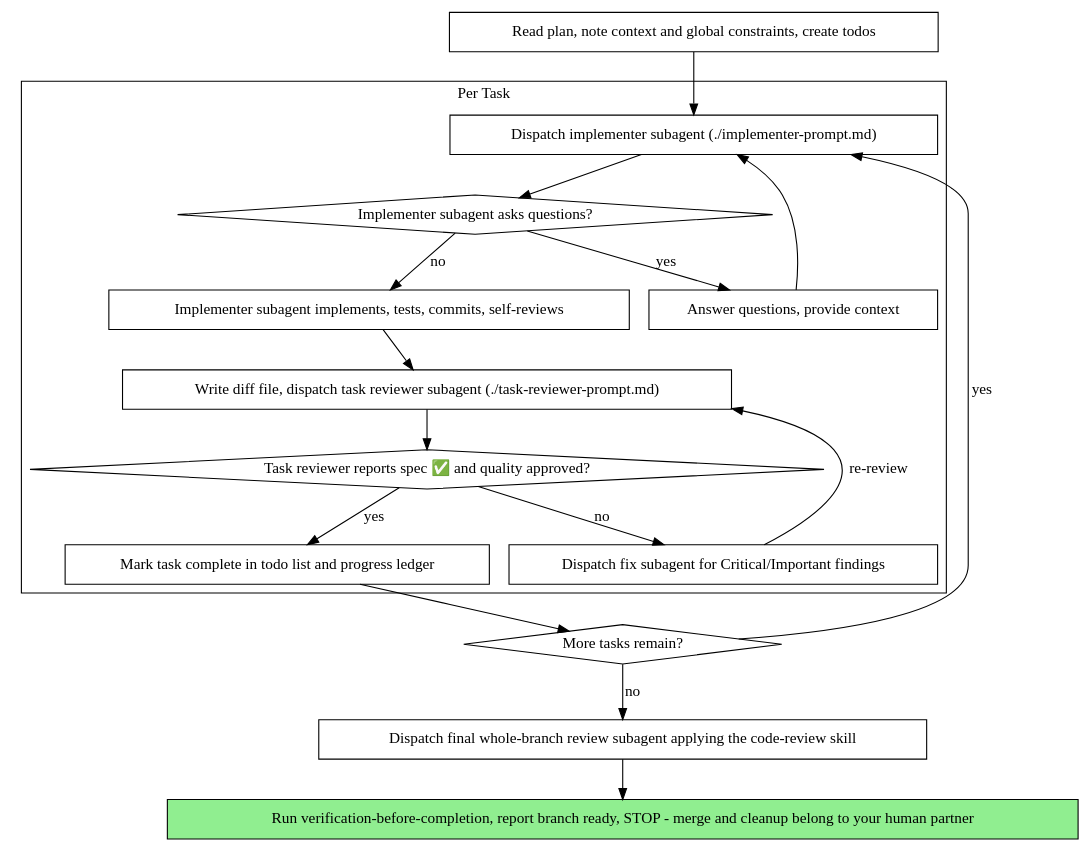
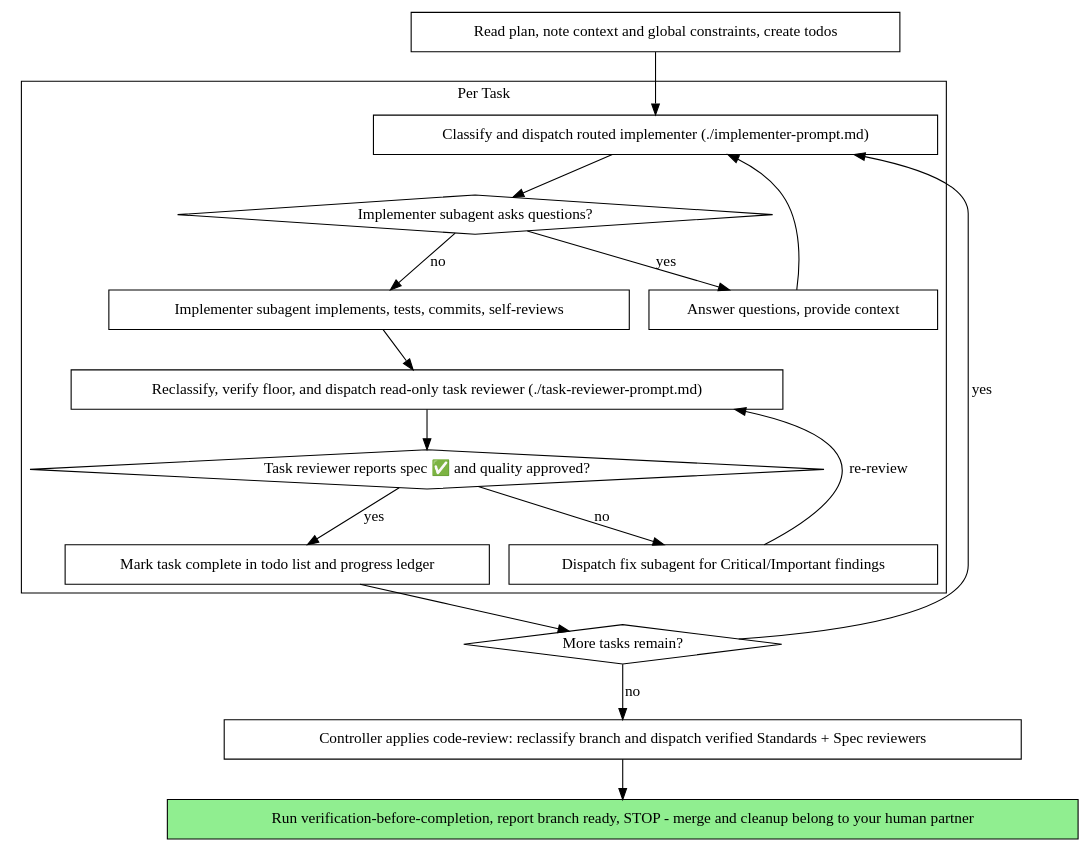
The second of 2 diagrams in skills/subagent-driven-development/SKILL.md (kubamarchwicki/engineering-skills), drawn with Graphviz before and after one commit. The commit also changed other lines of this file and 4 other files, not shown here.

````diff
--- a/skills/subagent-driven-development/SKILL.md
+++ b/skills/subagent-driven-development/SKILL.md
@@ -44,37 +44,37 @@
 ```dot
 digraph process {
     rankdir=TB;
 
     subgraph cluster_per_task {
         label="Per Task";
-        "Dispatch implementer subagent (./implementer-prompt.md)" [shape=box];
+        "Classify and dispatch routed implementer (./implementer-prompt.md)" [shape=box];
         "Implementer subagent asks questions?" [shape=diamond];
         "Answer questions, provide context" [shape=box];
         "Implementer subagent implements, tests, commits, self-reviews" [shape=box];
-        "Write diff file, dispatch task reviewer subagent (./task-reviewer-prompt.md)" [shape=box];
+        "Reclassify, verify floor, and dispatch read-only task reviewer (./task-reviewer-prompt.md)" [shape=box];
         "Task reviewer reports spec ✅ and quality approved?" [shape=diamond];
         "Dispatch fix subagent for Critical/Important findings" [shape=box];
         "Mark task complete in todo list and progress ledger" [shape=box];
     }
 
     "Read plan, note context and global constraints, create todos" [shape=box];
     "More tasks remain?" [shape=diamond];
-    "Dispatch final whole-branch review subagent applying the code-review skill" [shape=box];
+    "Controller applies code-review: reclassify branch and dispatch verified Standards + Spec reviewers" [shape=box];
     "Run verification-before-completion, report branch ready, STOP - merge and cleanup belong to your human partner" [shape=box style=filled fillcolor=lightgreen];
 
-    "Read plan, note context and global constraints, create todos" -> "Dispatch implementer subagent (./implementer-prompt.md)";
-    "Dispatch implementer subagent (./implementer-prompt.md)" -> "Implementer subagent asks questions?";
+    "Read plan, note context and global constraints, create todos" -> "Classify and dispatch routed implementer (./implementer-prompt.md)";
+    "Classify and dispatch routed implementer (./implementer-prompt.md)" -> "Implementer subagent asks questions?";
     "Implementer subagent asks questions?" -> "Answer questions, provide context" [label="yes"];
-    "Answer questions, provide context" -> "Dispatch implementer subagent (./implementer-prompt.md)";
+    "Answer questions, provide context" -> "Classify and dispatch routed implementer (./implementer-prompt.md)";
     "Implementer subagent asks questions?" -> "Implementer subagent implements, tests, commits, self-reviews" [label="no"];
-    "Implementer subagent implements, tests, commits, self-reviews" -> "Write diff file, dispatch task reviewer subagent (./task-reviewer-prompt.md)";
-    "Write diff file, dispatch task reviewer subagent (./task-reviewer-prompt.md)" -> "Task reviewer reports spec ✅ and quality approved?";
+    "Implementer subagent implements, tests, commits, self-reviews" -> "Reclassify, verify floor, and dispatch read-only task reviewer (./task-reviewer-prompt.md)";
+    "Reclassify, verify floor, and dispatch read-only task reviewer (./task-reviewer-prompt.md)" -> "Task reviewer reports spec ✅ and quality approved?";
     "Task reviewer reports spec ✅ and quality approved?" -> "Dispatch fix subagent for Critical/Important findings" [label="no"];
-    "Dispatch fix subagent for Critical/Important findings" -> "Write diff file, dispatch task reviewer subagent (./task-reviewer-prompt.md)" [label="re-review"];
+    "Dispatch fix subagent for Critical/Important findings" -> "Reclassify, verify floor, and dispatch read-only task reviewer (./task-reviewer-prompt.md)" [label="re-review"];
     "Task reviewer reports spec ✅ and quality approved?" -> "Mark task complete in todo list and progress ledger" [label="yes"];
     "Mark task complete in todo list and progress ledger" -> "More tasks remain?";
-    "More tasks remain?" -> "Dispatch implementer subagent (./implementer-prompt.md)" [label="yes"];
-    "More tasks remain?" -> "Dispatch final whole-branch review subagent applying the code-review skill" [label="no"];
-    "Dispatch final whole-branch review subagent applying the code-review skill" -> "Run verification-before-completion, report branch ready, STOP - merge and cleanup belong to your human partner";
+    "More tasks remain?" -> "Classify and dispatch routed implementer (./implementer-prompt.md)" [label="yes"];
+    "More tasks remain?" -> "Controller applies code-review: reclassify branch and dispatch verified Standards + Spec reviewers" [label="no"];
+    "Controller applies code-review: reclassify branch and dispatch verified Standards + Spec reviewers" -> "Run verification-before-completion, report branch ready, STOP - merge and cleanup belong to your human partner";
 }
 ```
````
